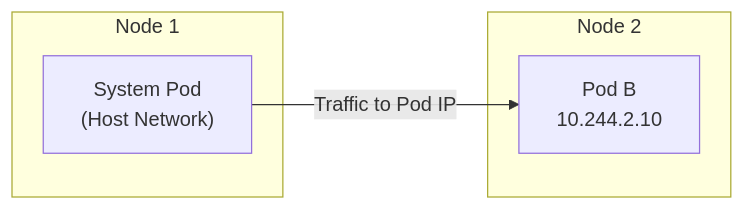
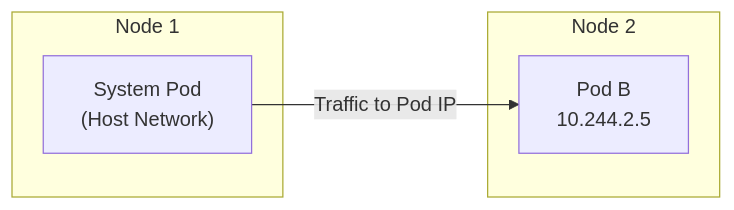
One commit to SRodi/srodi.github.io changed the eighth of 8 diagrams in _posts/2025-08-13-kubernetes-networking-series-part-1.md. Above: the diagram before and after it, drawn with Mermaid. The commit also changed other lines of this file and 1 other file, not shown here.

````diff
--- a/_posts/2025-08-13-kubernetes-networking-series-part-1.md
+++ b/_posts/2025-08-13-kubernetes-networking-series-part-1.md
@@ -324,10 +324,10 @@
 ```mermaid
 graph LR
     subgraph Node1 [Node 1]
         HostPod["System Pod<br>(Host Network)"]
     end
     subgraph Node2 [Node 2]
-        PodB[Pod B<br>10.244.2.10]
+        PodB[Pod B<br>10.244.2.5]
     end
     HostPod -- "Traffic to Pod IP" --> PodB
 ```
````
